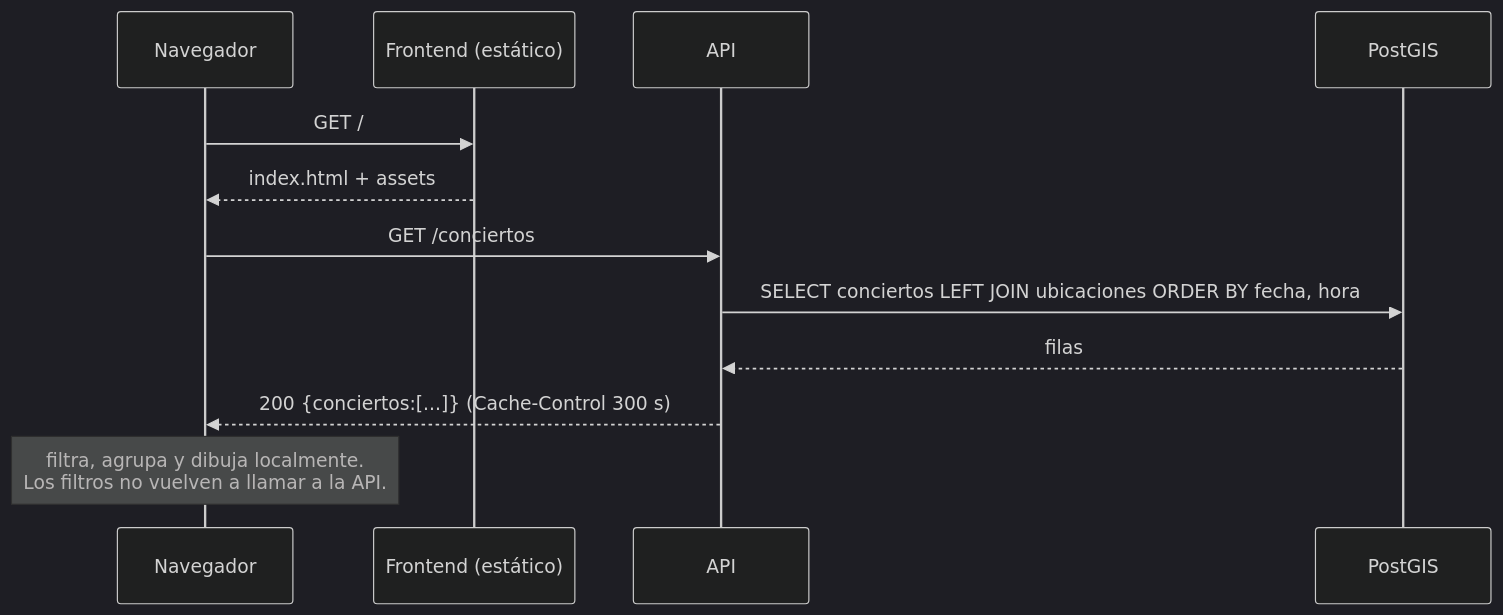
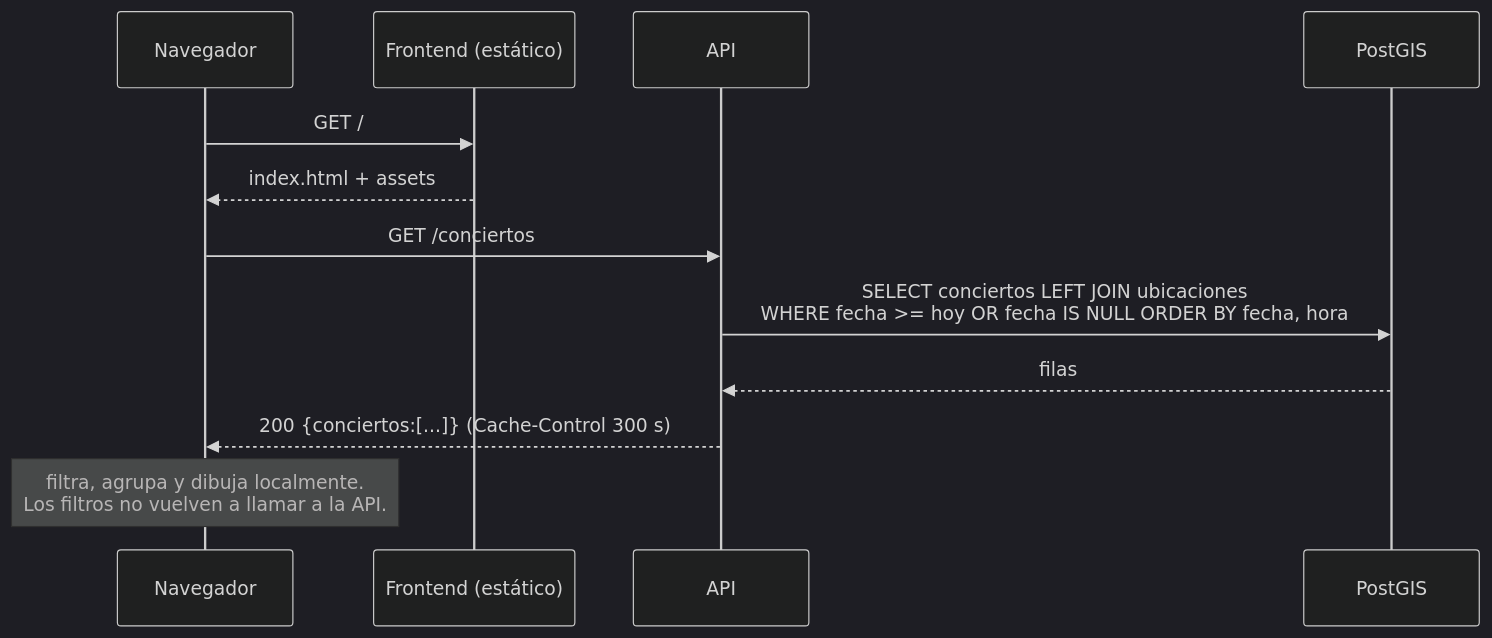
One commit to FernandezMarcodev/concierto-finder changed the seventh of 8 diagrams in docs/ARQUITECTURA.md. Above: the diagram before and after it, drawn with Mermaid (dark theme). The commit also changed other lines of this file and 10 other files, not shown here.

First line of the commit message:
feat(historial): conservar conciertos pasados y filtrar vigentes por fecha (#4)

````diff
--- a/docs/ARQUITECTURA.md
+++ b/docs/ARQUITECTURA.md
@@ -179,14 +183,14 @@
 ```mermaid
 sequenceDiagram
     participant N as Navegador
     participant W as Frontend (estático)
     participant A as API
     participant D as PostGIS
     N->>W: GET /
     W-->>N: index.html + assets
     N->>A: GET /conciertos
-    A->>D: SELECT conciertos LEFT JOIN ubicaciones ORDER BY fecha, hora
+    A->>D: SELECT conciertos LEFT JOIN ubicaciones<br/>WHERE fecha >= hoy OR fecha IS NULL ORDER BY fecha, hora
     D-->>A: filas
     A-->>N: 200 {conciertos:[...]} (Cache-Control 300 s)
     Note over N: filtra, agrupa y dibuja localmente.<br/>Los filtros no vuelven a llamar a la API.
 ```
````
